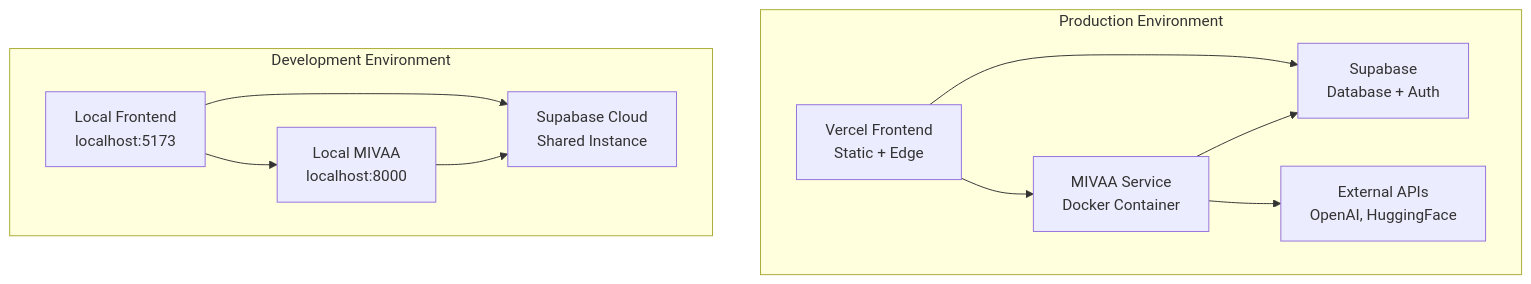
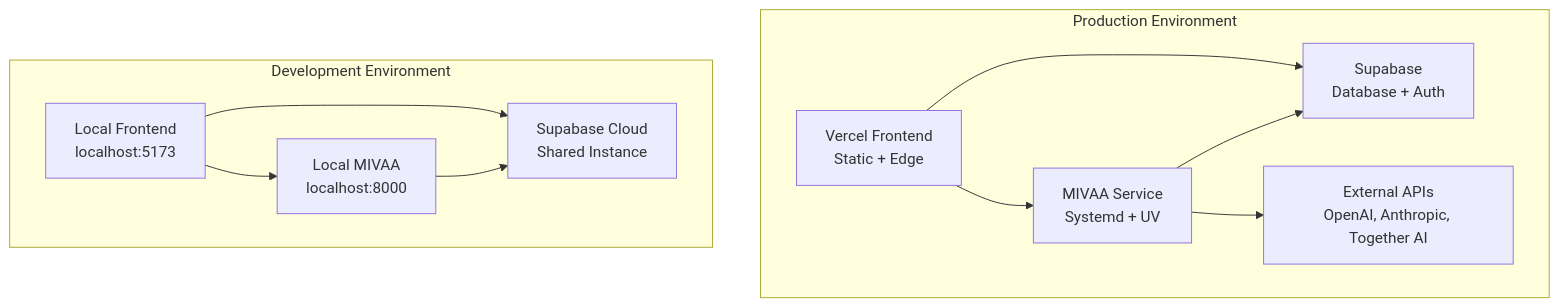
The diagram in docs/deployment-guide.md (creativeghq/material-kai-vision-platform), drawn with Mermaid before and after one commit. The commit also changed other lines of this file, not shown here.

First line of the commit message:
Remove all Docker references from deployment guide - use systemd+UV only

````diff
--- a/docs/deployment-guide.md
+++ b/docs/deployment-guide.md
@@ -94,23 +94,23 @@
 ```mermaid
 graph TB
     subgraph "Production Environment"
         A[Vercel Frontend<br/>Static + Edge]
-        B[MIVAA Service<br/>Docker Container]
+        B[MIVAA Service<br/>Systemd + UV]
         C[Supabase<br/>Database + Auth]
-        D[External APIs<br/>OpenAI, HuggingFace]
+        D[External APIs<br/>OpenAI, Anthropic, Together AI]
     end
-    
+
     subgraph "Development Environment"
         E[Local Frontend<br/>localhost:5173]
         F[Local MIVAA<br/>localhost:8000]
         G[Supabase Cloud<br/>Shared Instance]
     end
-    
+
     A --> B
     A --> C
     B --> C
     B --> D
     E --> F
     E --> G
     F --> G
 ```
````
